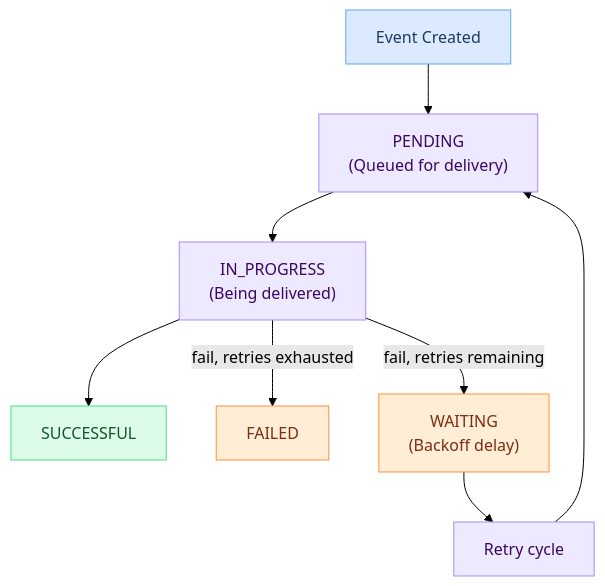
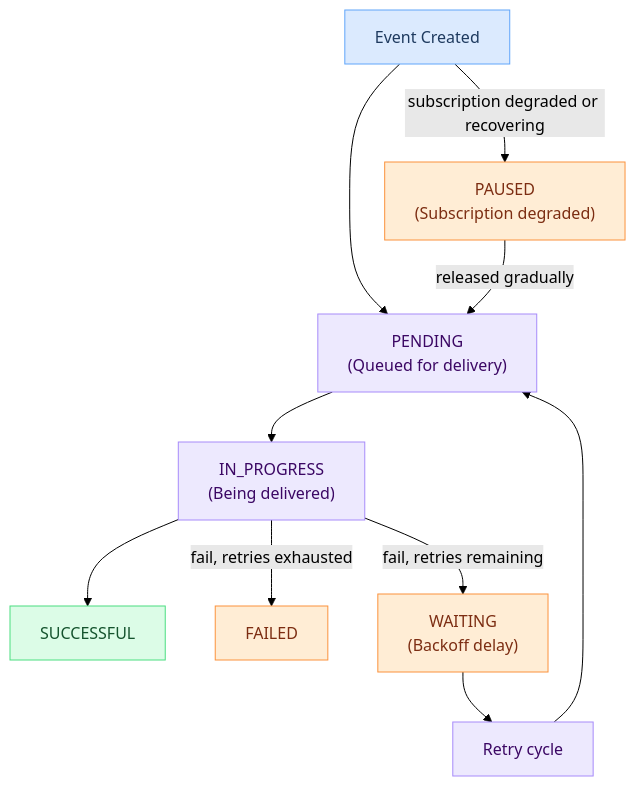
Before and after one commit to hook0/hook0: the diagram in documentation/concepts/request-attempts.md, drawn with Mermaid (forest theme). The commit also changed other lines of this file and 73 other files, not shown here.

Commit message:
feat: add subscription health

````diff
--- a/documentation/concepts/request-attempts.md
+++ b/documentation/concepts/request-attempts.md
@@ -19,25 +19,29 @@
 ```mermaid
 flowchart TD
     A["Event Created"]:::external
     B["PENDING<br/>(Queued for delivery)"]:::processing
     C["IN_PROGRESS<br/>(Being delivered)"]:::processing
     D["SUCCESSFUL"]:::hook0
     E["FAILED"]:::customer
     F["WAITING<br/>(Backoff delay)"]:::customer
     G["Retry cycle"]:::processing
+    P["PAUSED<br/>(Subscription degraded)"]:::customer
 
     A --> B --> C
+    A -- "subscription degraded or recovering" --> P
+    P -- "released gradually" --> B
     C --> D
     C -- "fail, retries remaining" --> F
     C -- "fail, retries exhausted" --> E
     F --> G --> B
 
     classDef external fill:#dbeafe,stroke:#60a5fa,color:#1e3a5f
     classDef hook0 fill:#dcfce7,stroke:#4ade80,color:#14532d
     classDef customer fill:#ffedd5,stroke:#fb923c,color:#7c2d12
     classDef processing fill:#ede9fe,stroke:#a78bfa,color:#3b0764
 
     click A "/concepts/events" "Events"
     click E "/explanation/webhook-retry-logic" "Retry Logic"
     click F "/explanation/webhook-retry-logic" "Backoff Delay"
+    click P "/explanation/webhook-retry-logic#subscription-health" "Subscription Health"
 ```
````
